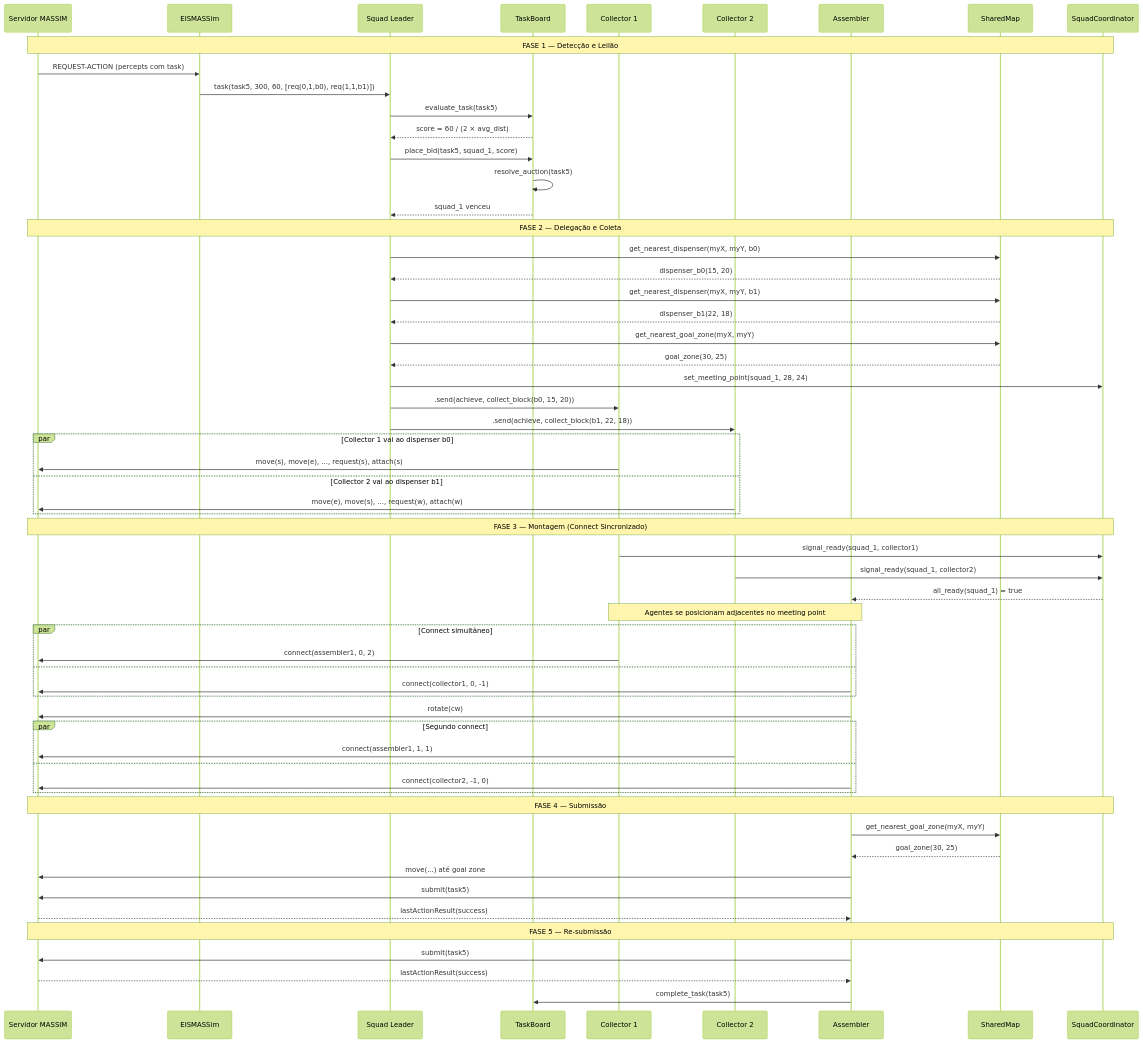
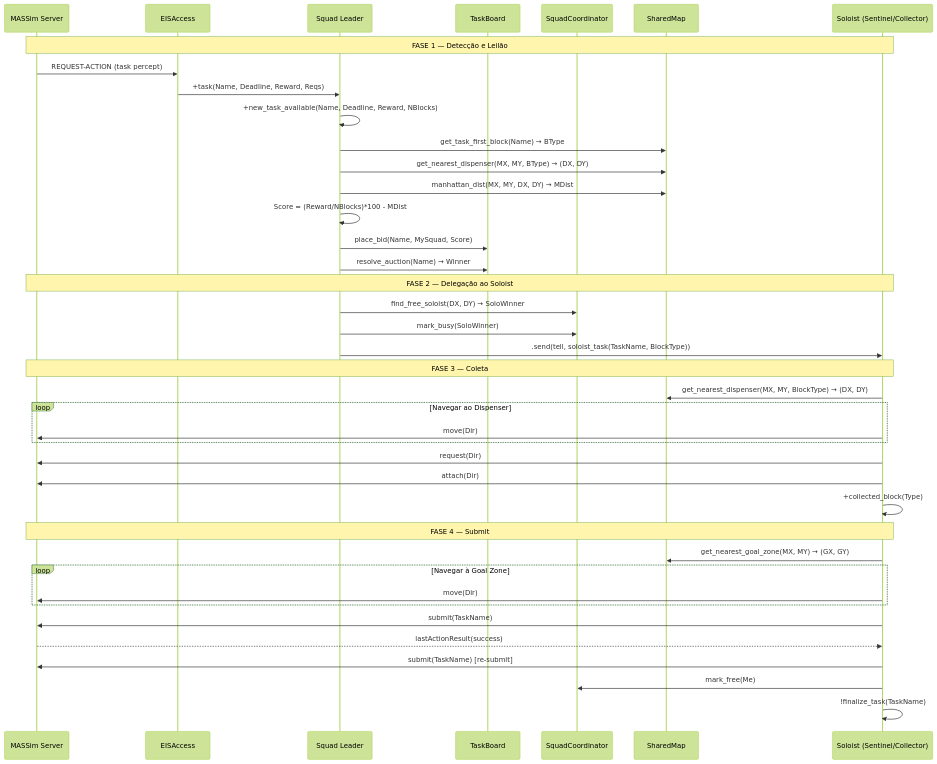
Before and after one commit to MarceloNG/PCS5703-MAS-HIVE: the seventh of 19 diagrams in doc/ARCH.md, drawn with Mermaid (forest theme). The commit also changed other lines of this file and 33 other files, not shown here.

````diff
--- a/doc/ARCH.md
+++ b/doc/ARCH.md
@@ -300,77 +338,50 @@
 ```mermaid
 sequenceDiagram
-    participant MASSIM as Servidor MASSIM
-    participant EIS as EISMASSim
-    participant SL as Squad Leader
+    participant MASSIM as MASSim Server
+    participant EIS as EISAccess
+    participant LEAD as Squad Leader
     participant TB as TaskBoard
-    participant C1 as Collector 1
-    participant C2 as Collector 2
-    participant AS as Assembler
-    participant SM as SharedMap
     participant SC as SquadCoordinator
+    participant MAP as SharedMap
+    participant SOL as Soloist (Sentinel/Collector)
 
-    Note over MASSIM,SC: FASE 1 — Detecção e Leilão
+    Note over MASSIM,SOL: FASE 1 — Detecção e Leilão
 
-    MASSIM->>EIS: REQUEST-ACTION (percepts com task)
-    EIS->>SL: task(task5, 300, 60, [req(0,1,b0), req(1,1,b1)])
-    SL->>TB: evaluate_task(task5)
-    TB-->>SL: score = 60 / (2 × avg_dist)
-    SL->>TB: place_bid(task5, squad_1, score)
-    TB->>TB: resolve_auction(task5)
-    TB-->>SL: squad_1 venceu
+    MASSIM->>EIS: REQUEST-ACTION (task percept)
+    EIS->>LEAD: +task(Name, Deadline, Reward, Reqs)
+    LEAD->>LEAD: +new_task_available(Name, Deadline, Reward, NBlocks)
+    LEAD->>MAP: get_task_first_block(Name) → BType
+    LEAD->>MAP: get_nearest_dispenser(MX, MY, BType) → (DX, DY)
+    LEAD->>MAP: manhattan_dist(MX, MY, DX, DY) → MDist
+    LEAD->>LEAD: Score = (Reward/NBlocks)*100 - MDist
+    LEAD->>TB: place_bid(Name, MySquad, Score)
+    LEAD->>TB: resolve_auction(Name) → Winner
 
-    Note over MASSIM,SC: FASE 2 — Delegação e Coleta
+    Note over MASSIM,SOL: FASE 2 — Delegação ao Soloist
 
-    SL->>SM: get_nearest_dispenser(myX, myY, b0)
-    SM-->>SL: dispenser_b0(15, 20)
-    SL->>SM: get_nearest_dispenser(myX, myY, b1)
-    SM-->>SL: dispenser_b1(22, 18)
-    SL->>SM: get_nearest_goal_zone(myX, myY)
-    SM-->>SL: goal_zone(30, 25)
+    LEAD->>SC: find_free_soloist(DX, DY) → SoloWinner
+    LEAD->>SC: mark_busy(SoloWinner)
+    LEAD->>SOL: .send(tell, soloist_task(TaskName, BlockType))
 
-    SL->>SC: set_meeting_point(squad_1, 28, 24)
-    SL->>C1: .send(achieve, collect_block(b0, 15, 20))
-    SL->>C2: .send(achieve, collect_block(b1, 22, 18))
+    Note over MASSIM,SOL: FASE 3 — Coleta
 
-    par Collector 1 vai ao dispenser b0
-        C1->>MASSIM: move(s), move(e), ..., request(s), attach(s)
-    and Collector 2 vai ao dispenser b1
-        C2->>MASSIM: move(e), move(s), ..., request(w), attach(w)
+    SOL->>MAP: get_nearest_dispenser(MX, MY, BlockType) → (DX, DY)
+    loop Navegar ao Dispenser
+        SOL->>MASSIM: move(Dir)
     end
+    SOL->>MASSIM: request(Dir)
+    SOL->>MASSIM: attach(Dir)
+    SOL->>SOL: +collected_block(Type)
 
-    Note over MASSIM,SC: FASE 3 — Montagem (Connect Sincronizado)
+    Note over MASSIM,SOL: FASE 4 — Submit
 
-    C1->>SC: signal_ready(squad_1, collector1)
-    C2->>SC: signal_ready(squad_1, collector2)
-    SC-->>AS: all_ready(squad_1) = true
-
-    Note over C1,AS: Agentes se posicionam adjacentes no meeting point
-
-    par Connect simultâneo
-        C1->>MASSIM: connect(assembler1, 0, 2)
-    and
-        AS->>MASSIM: connect(collector1, 0, -1)
+    SOL->>MAP: get_nearest_goal_zone(MX, MY) → (GX, GY)
+    loop Navegar à Goal Zone
+        SOL->>MASSIM: move(Dir)
     end
-
-    AS->>MASSIM: rotate(cw)
-
-    par Segundo connect
-        C2->>MASSIM: connect(assembler1, 1, 1)
-    and
-        AS->>MASSIM: connect(collector2, -1, 0)
-    end
-
-    Note over MASSIM,SC: FASE 4 — Submissão
-
-    AS->>SM: get_nearest_goal_zone(myX, myY)
-    SM-->>AS: goal_zone(30, 25)
-    AS->>MASSIM: move(...) até goal zone
-    AS->>MASSIM: submit(task5)
-    MASSIM-->>AS: lastActionResult(success)
-
-    Note over MASSIM,SC: FASE 5 — Re-submissão
-
-    AS->>MASSIM: submit(task5)
-    MASSIM-->>AS: lastActionResult(success)
-    AS->>TB: complete_task(task5)
+    SOL->>MASSIM: submit(TaskName)
+    MASSIM-->>SOL: lastActionResult(success)
+    SOL->>MASSIM: submit(TaskName)  [re-submit]
+    SOL->>SC: mark_free(Me)
+    SOL->>SOL: !finalize_task(TaskName)
 ```
````
